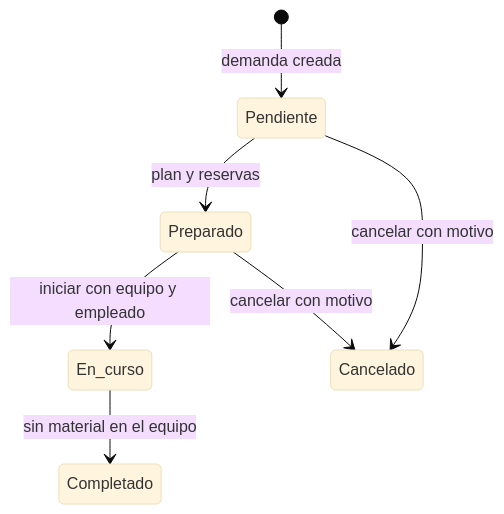
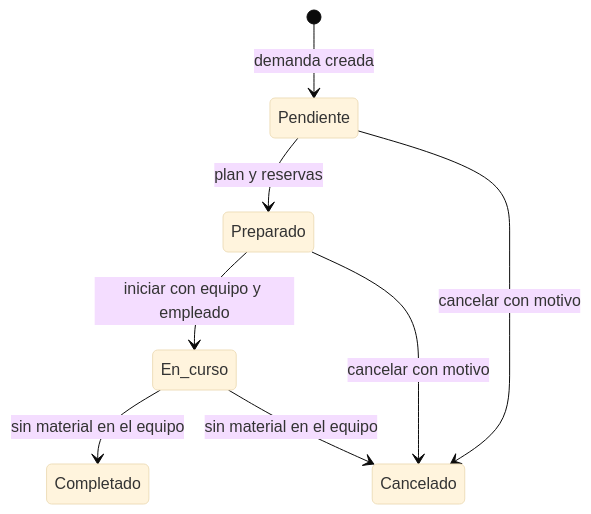
One commit to bold-factory/bold.docs changed the second of 2 diagrams in es/conceptos/almacen/movimientos-de-almacen.mdx. Above: the diagram before and after it, drawn with Mermaid (base theme). The commit also changed other lines of this file and 34 other files, not shown here.

````diff
--- a/es/conceptos/almacen/movimientos-de-almacen.mdx
+++ b/es/conceptos/almacen/movimientos-de-almacen.mdx
@@ -61,9 +61,10 @@
 ```mermaid
 stateDiagram-v2
   [*] --> Pendiente: demanda creada
   Pendiente --> Preparado: plan y reservas
   Preparado --> En_curso: iniciar con equipo y empleado
   En_curso --> Completado: sin material en el equipo
   Pendiente --> Cancelado: cancelar con motivo
   Preparado --> Cancelado: cancelar con motivo
+  En_curso --> Cancelado: sin material en el equipo
 ```
````
